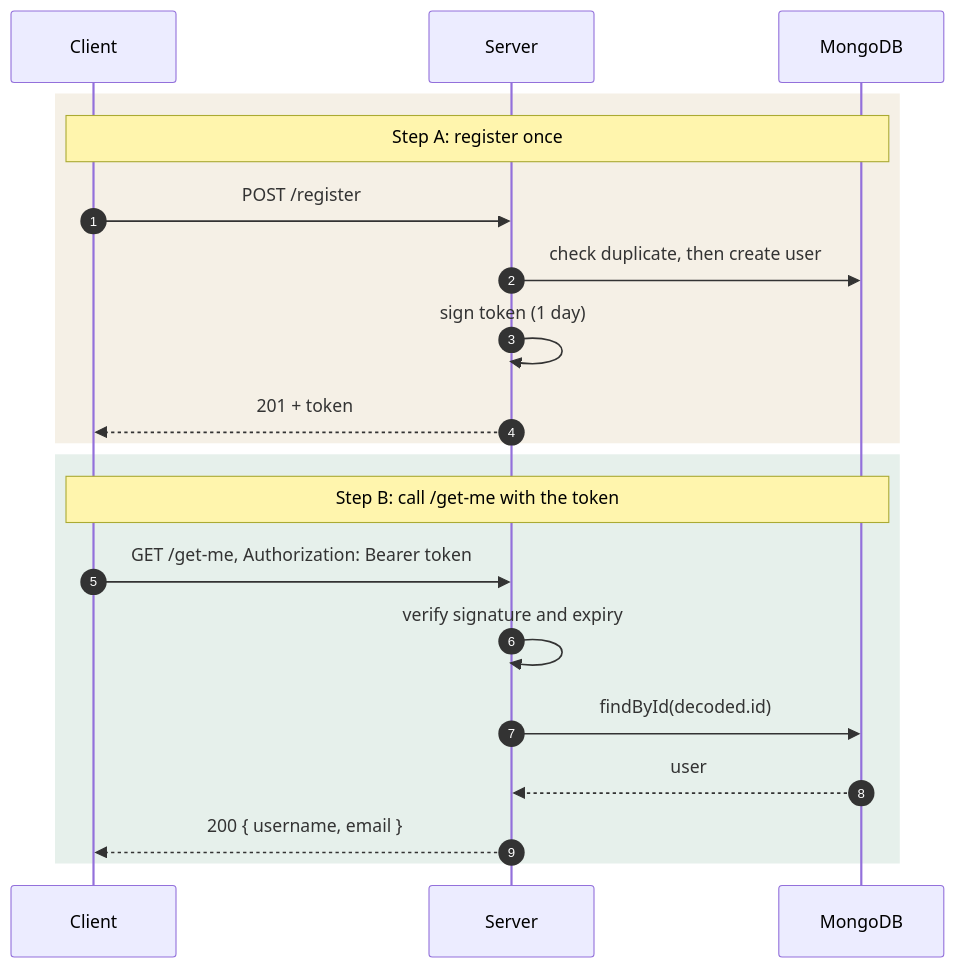
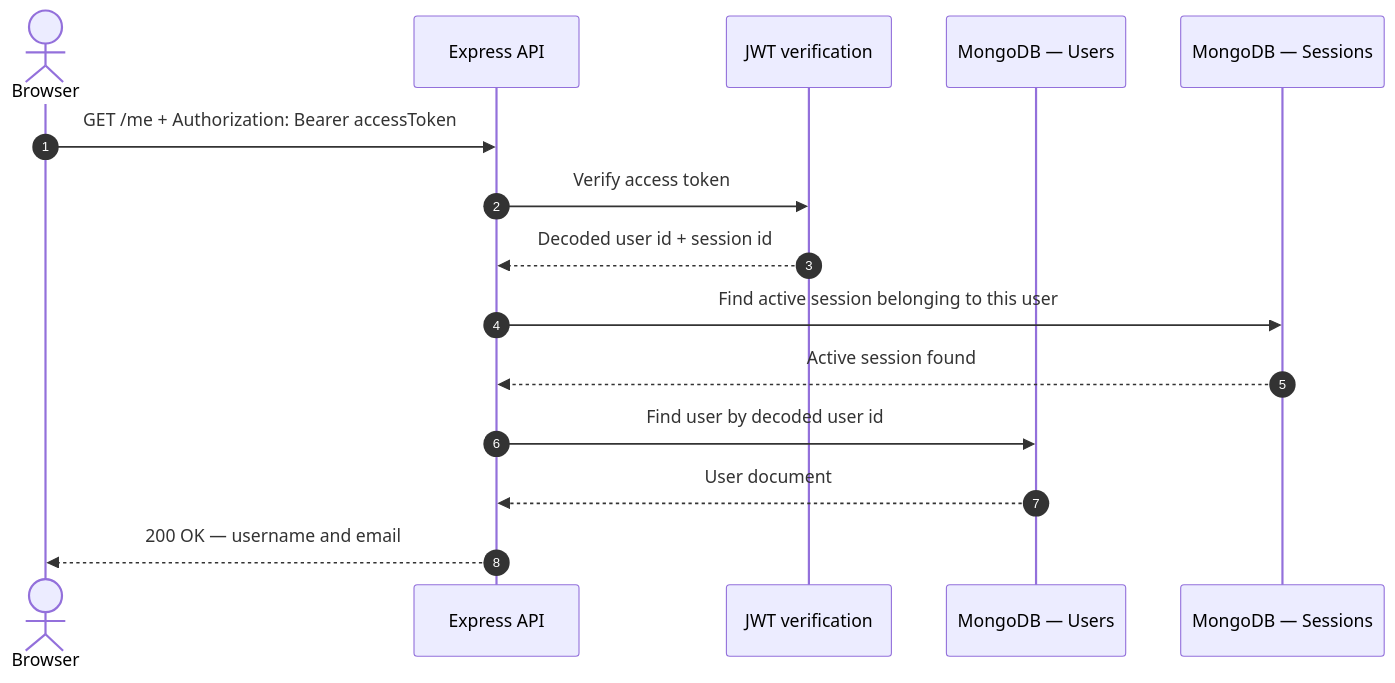
Before and after one commit to samroz-burhan/authentication-system-backend: the third of 6 diagrams in README.md, drawn with Mermaid. The commit also changed other lines of this file, not shown here.

````diff
--- a/README.md
+++ b/README.md
@@ -138,24 +81,18 @@
 ```mermaid
 sequenceDiagram
     autonumber
-    participant C as Client
-    participant S as Server
-    participant DB as MongoDB
+    actor Browser
+    participant API as Express API
+    participant JWT as JWT verification
+    participant UserDB as MongoDB — Users
+    participant SessionDB as MongoDB — Sessions
 
-    rect rgb(245, 240, 230)
-    Note over C,DB: Step A: register once
-    C->>S: POST /register
-    S->>DB: check duplicate, then create user
-    S->>S: sign token (1 day)
-    S-->>C: 201 + token
-    end
-
-    rect rgb(230, 240, 235)
-    Note over C,DB: Step B: call /get-me with the token
-    C->>S: GET /get-me, Authorization: Bearer token
-    S->>S: verify signature and expiry
-    S->>DB: findById(decoded.id)
-    DB-->>S: user
-    S-->>C: 200 { username, email }
-    end
+    Browser->>API: GET /me + Authorization: Bearer accessToken
+    API->>JWT: Verify access token
+    JWT-->>API: Decoded user id + session id
+    API->>SessionDB: Find active session belonging to this user
+    SessionDB-->>API: Active session found
+    API->>UserDB: Find user by decoded user id
+    UserDB-->>API: User document
+    API-->>Browser: 200 OK — username and email
 ```
````
